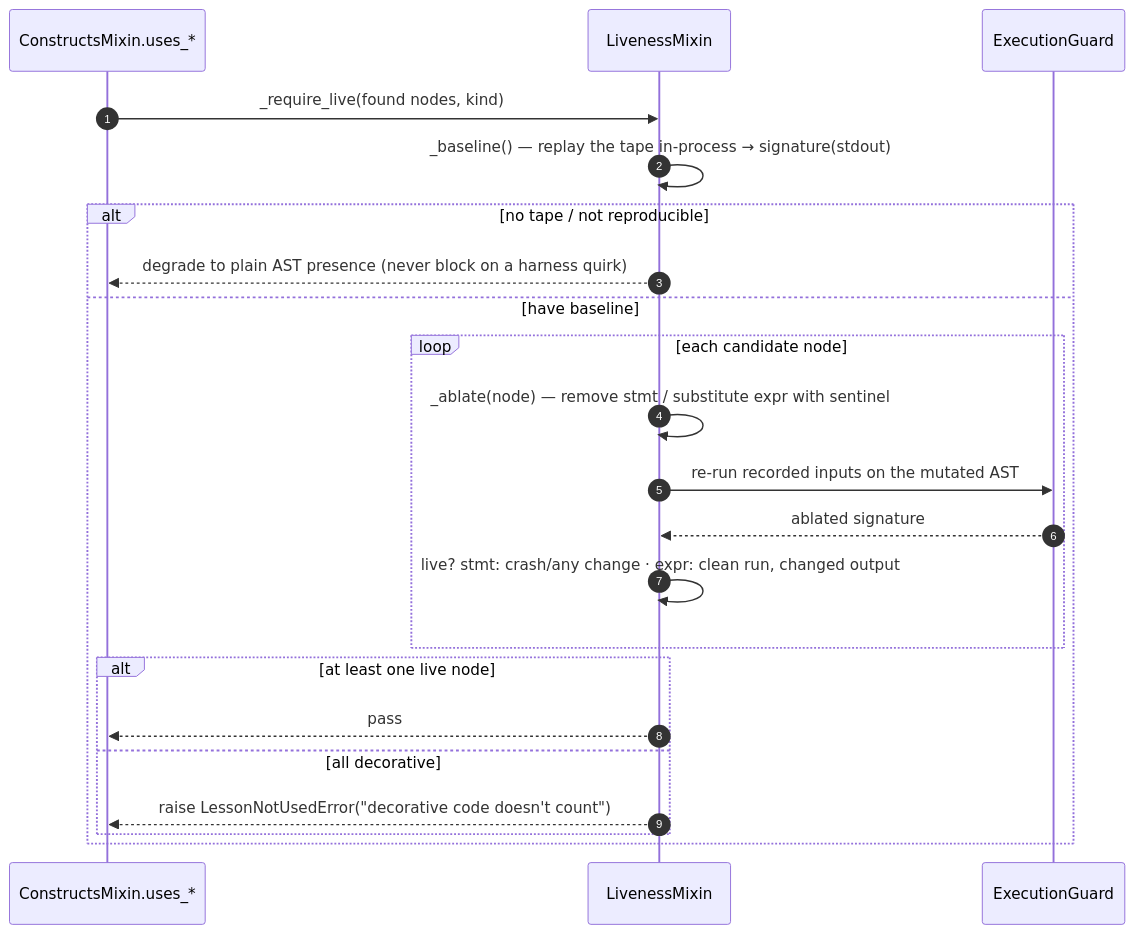
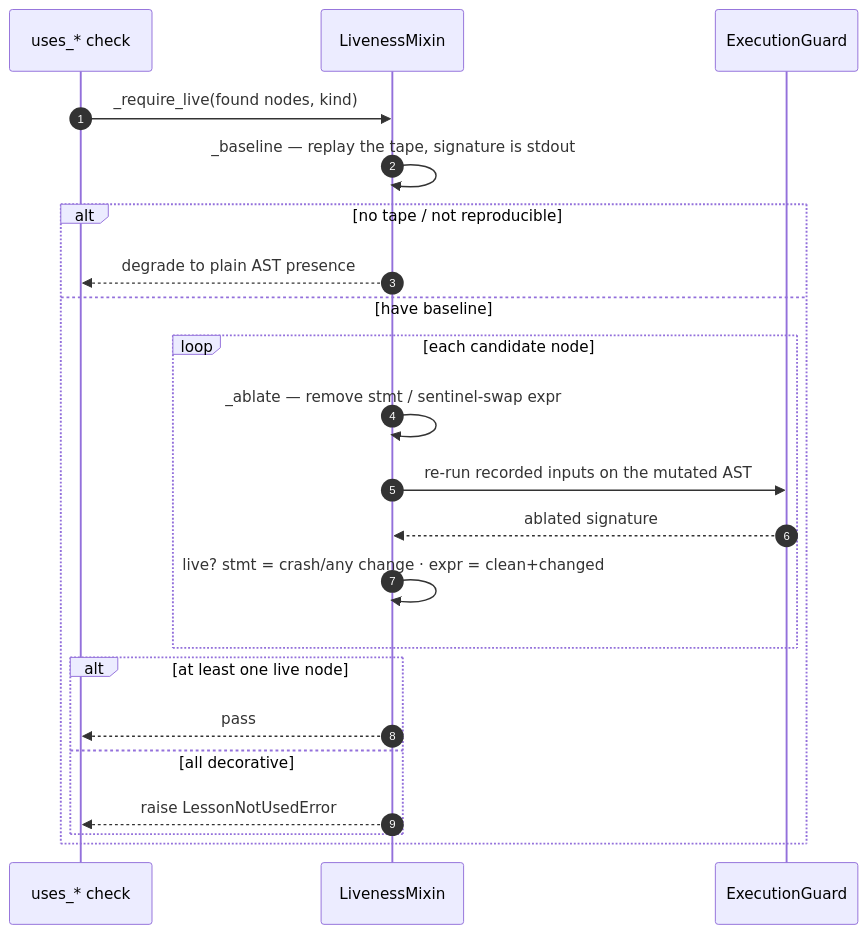
One commit to N041M/PyQuest changed the sixth of 7 diagrams in docs/architecture/toolkit.md. Above: the diagram before and after it, drawn with Mermaid. The commit also changed other lines of this file and 5 other files, not shown here.

First line of the commit message:
Polish architecture diagrams; add puzzle-consumption view

````diff
--- a/docs/architecture/toolkit.md
+++ b/docs/architecture/toolkit.md
@@ -178,24 +167,24 @@
 ```mermaid
 sequenceDiagram
     autonumber
-    participant C as ConstructsMixin.uses_*
+    participant C as uses_* check
     participant L as LivenessMixin
     participant G as ExecutionGuard
     C->>L: _require_live(found nodes, kind)
-    L->>L: _baseline() — replay the tape in-process → signature(stdout)
+    L->>L: _baseline — replay the tape, signature is stdout
     alt no tape / not reproducible
-        L-->>C: degrade to plain AST presence (never block on a harness quirk)
+        L-->>C: degrade to plain AST presence
     else have baseline
         loop each candidate node
-            L->>L: _ablate(node) — remove stmt / substitute expr with sentinel
+            L->>L: _ablate — remove stmt / sentinel-swap expr
             L->>G: re-run recorded inputs on the mutated AST
             G-->>L: ablated signature
-            L->>L: live? stmt: crash/any change · expr: clean run, changed output
+            L->>L: live? stmt = crash/any change · expr = clean+changed
         end
         alt at least one live node
             L-->>C: pass
         else all decorative
-            L-->>C: raise LessonNotUsedError("decorative code doesn't count")
+            L-->>C: raise LessonNotUsedError
         end
     end
 ```
````
